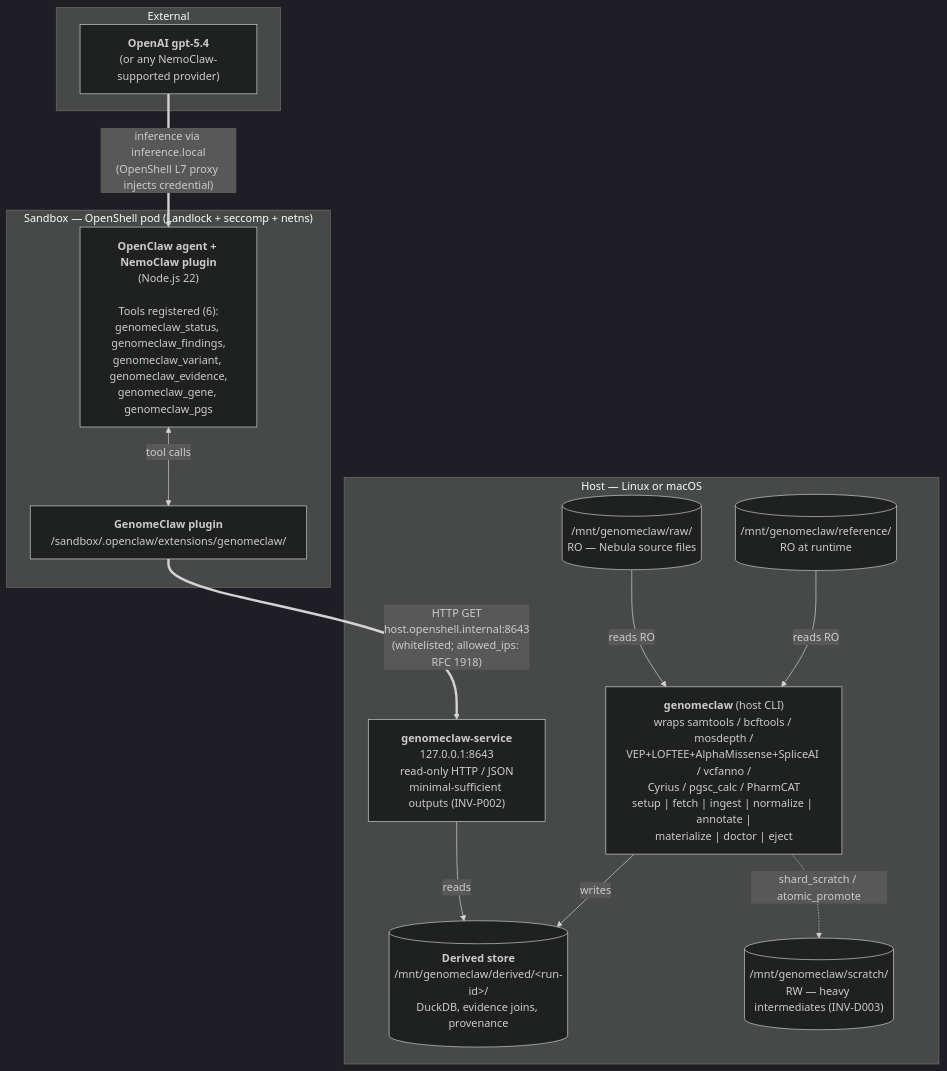
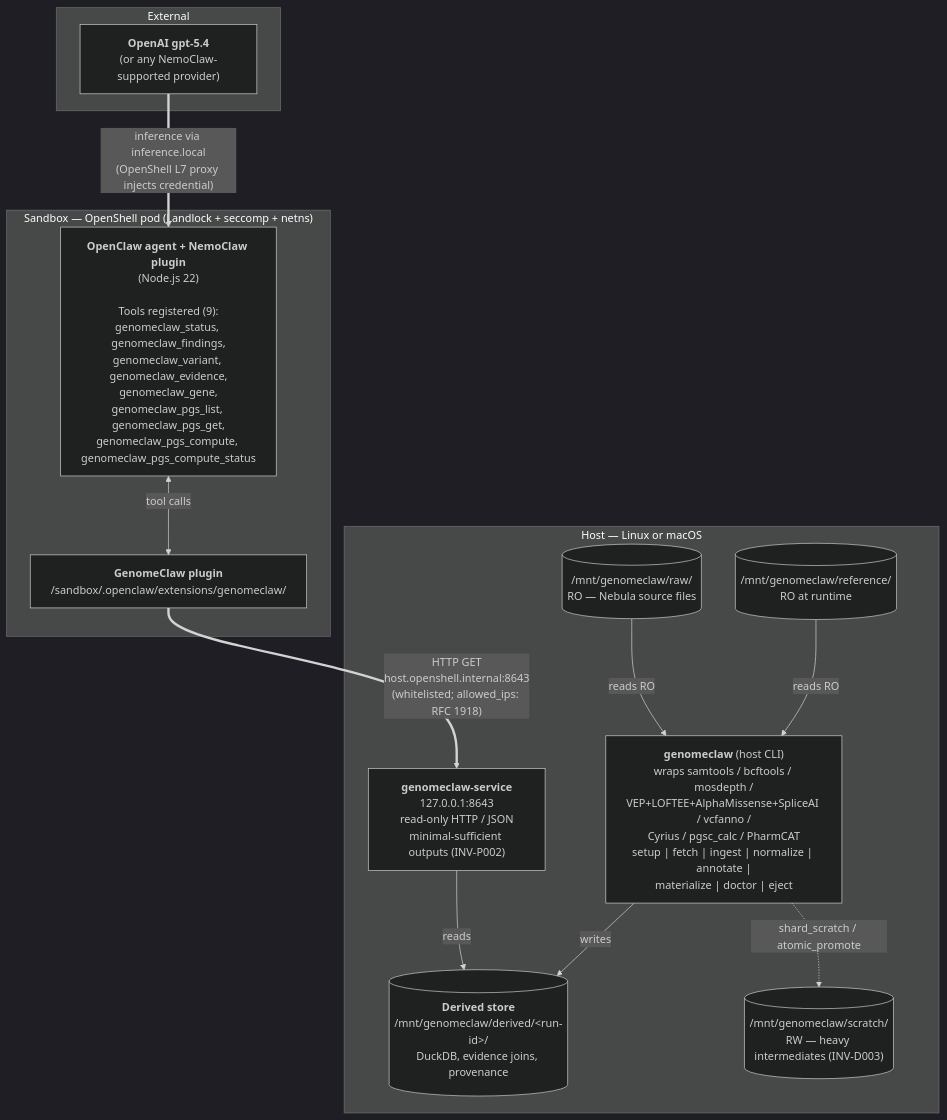
The first of 3 diagrams in docs/reference/architecture.md (aerugo/GenomeClaw), drawn with Mermaid (dark theme) before and after one commit. The commit also changed other lines of this file and 39 other files, not shown here.

````diff
--- a/docs/reference/architecture.md
+++ b/docs/reference/architecture.md
@@ -75,30 +75,30 @@
 ```mermaid
 flowchart TB
     subgraph EXT["External"]
         LLM["<b>OpenAI gpt-5.4</b><br/>(or any NemoClaw-supported provider)"]
     end
 
     subgraph SBX["Sandbox — OpenShell pod (Landlock + seccomp + netns)"]
-        Agent["<b>OpenClaw agent + NemoClaw plugin</b><br/>(Node.js 22)<br/><br/>Tools registered (6):<br/>genomeclaw_status, genomeclaw_findings,<br/>genomeclaw_variant, genomeclaw_evidence,<br/>genomeclaw_gene, genomeclaw_pgs"]
+        Agent["<b>OpenClaw agent + NemoClaw plugin</b><br/>(Node.js 22)<br/><br/>Tools registered (9):<br/>genomeclaw_status, genomeclaw_findings,<br/>genomeclaw_variant, genomeclaw_evidence,<br/>genomeclaw_gene,<br/>genomeclaw_pgs_list, genomeclaw_pgs_get,<br/>genomeclaw_pgs_compute, genomeclaw_pgs_compute_status"]
         Plugin["<b>GenomeClaw plugin</b><br/>/sandbox/.openclaw/extensions/genomeclaw/"]
         Agent <-->|tool calls| Plugin
     end
 
     subgraph HST["Host — Linux or macOS"]
         Service["<b>genomeclaw-service</b><br/>127.0.0.1:8643<br/>read-only HTTP / JSON<br/>minimal-sufficient outputs (INV-P002)"]
         Store[("<b>Derived store</b><br/>/mnt/genomeclaw/derived/&lt;run-id&gt;/<br/>DuckDB, evidence joins, provenance")]
         Prep["<b>genomeclaw</b> (host CLI)<br/>wraps samtools / bcftools / mosdepth /<br/>VEP+LOFTEE+AlphaMissense+SpliceAI / vcfanno /<br/>Cyrius / pgsc_calc / PharmCAT<br/>setup | fetch | ingest | normalize | annotate |<br/>materialize | doctor | eject"]
         Scratch[("/mnt/genomeclaw/scratch/<br/>RW — heavy intermediates (INV-D003)")]
         Raw[("/mnt/genomeclaw/raw/<br/>RO — Nebula source files")]
         Ref[("/mnt/genomeclaw/reference/<br/>RO at runtime")]
 
         Service -->|reads| Store
         Prep -->|writes| Store
         Prep -.->|shard_scratch / atomic_promote| Scratch
         Raw -->|reads RO| Prep
         Ref -->|reads RO| Prep
     end
 
     LLM ==>|"inference via inference.local<br/>(OpenShell L7 proxy injects credential)"| Agent
     Plugin ==>|"HTTP GET<br/>host.openshell.internal:8643<br/>(whitelisted; allowed_ips: RFC 1918)"| Service
 ```
````
